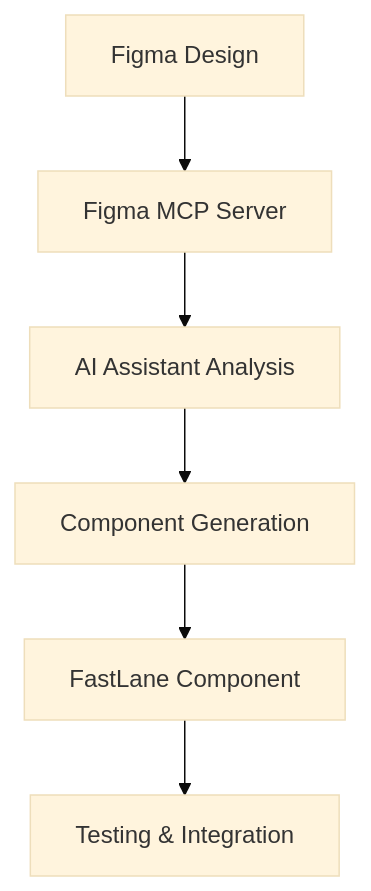
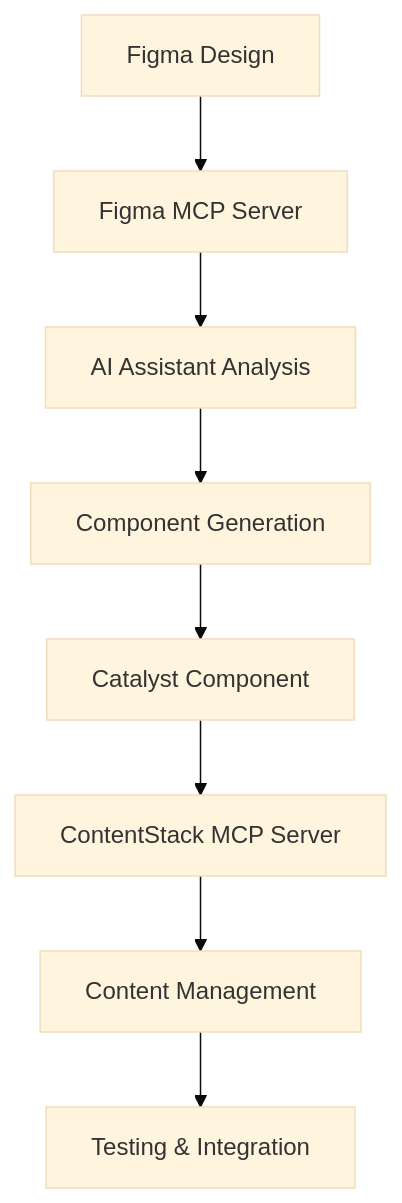
One commit to rohanbhateja0/cstk-fastlane changed the first of 2 diagrams in docs/pages/for-developers/tools-and-advanced/tools/index.md. Above: the diagram before and after it, drawn with Mermaid (base theme). The commit also changed other lines of this file and 2 other files, not shown here.

Commit message:
MCP server installation

````diff
--- a/docs/pages/for-developers/tools-and-advanced/tools/index.md
+++ b/docs/pages/for-developers/tools-and-advanced/tools/index.md
@@ -28,8 +46,10 @@
 ```mermaid
 graph TD
     A[Figma Design] --> B[Figma MCP Server]
     B --> C[AI Assistant Analysis]
     C --> D[Component Generation]
-    D --> E[FastLane Component]
-    E --> F[Testing & Integration]
+    D --> E[Catalyst Component]
+    E --> F[ContentStack MCP Server]
+    F --> G[Content Management]
+    G --> H[Testing & Integration]
 ```
````
